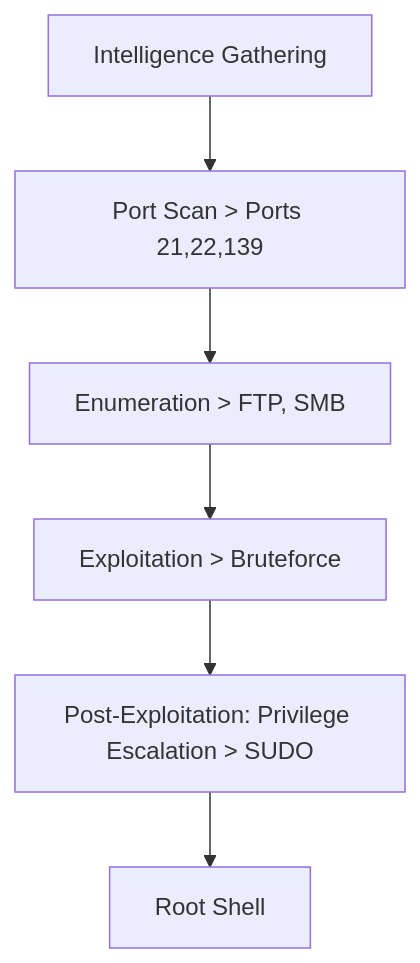
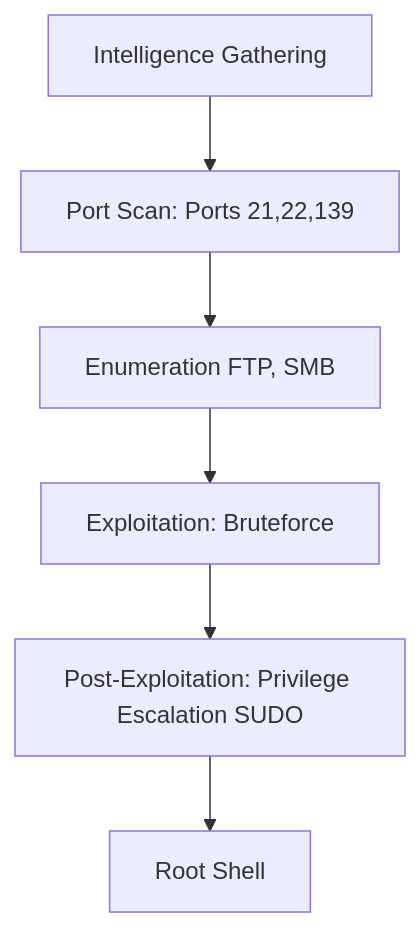
Before and after one commit to 0xfl0k1/0xfl0k1.github.io: the diagram in _posts/2024-07-10-Proving-Gronds-Empire-breakout.md, drawn with Mermaid. The commit also changed other lines of this file and 25 other files, not shown here.

````diff
--- a/_posts/2024-07-10-Proving-Gronds-Empire-breakout.md
+++ b/_posts/2024-07-10-Proving-Gronds-Empire-breakout.md
@@ -13,9 +23,9 @@
 ```mermaid
 graph TD
     A[Intelligence Gathering]
-    A --> B[Port Scan > Ports 21,22,139]
-    B --> C[Enumeration > FTP, SMB]
-    C --> D[Exploitation > Bruteforce]
-    D --> E[Post-Exploitation: Privilege Escalation > SUDO]
+    A --> B[Port Scan:  Ports 21,22,139]
+    B --> C[Enumeration FTP, SMB]
+    C --> D[Exploitation: Bruteforce]
+    D --> E[Post-Exploitation: Privilege Escalation SUDO]
     E --> F[Root Shell]
 ```
````
